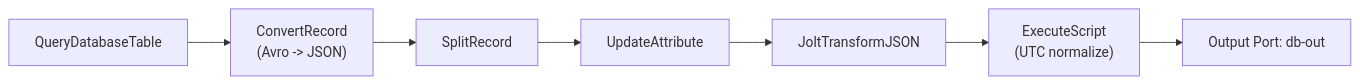
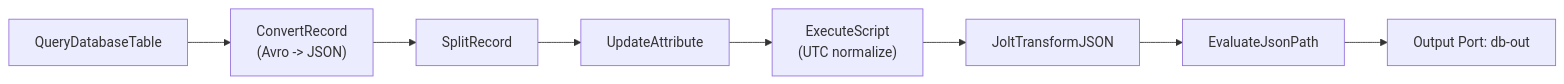
The fifth of 8 diagrams in config/nifi/process-group-design.md (roadseeker/study-data-pipeline), drawn with Mermaid before and after one commit. The commit also changed other lines of this file and 1 other file, not shown here.

First line of the commit message:
Week 3 NiFi 가이드와 플로우 표준화 정리

````diff
--- a/config/nifi/process-group-design.md
+++ b/config/nifi/process-group-design.md
@@ -314,9 +324,10 @@
 ```mermaid
 flowchart LR
     A["QueryDatabaseTable"] --> B["ConvertRecord<br/>(Avro -> JSON)"]
     B --> C["SplitRecord"]
     C --> D["UpdateAttribute"]
-    D --> E["JoltTransformJSON"]
-    E --> F["ExecuteScript<br/>(UTC normalize)"]
-    F --> G["Output Port: db-out"]
+    D --> E["ExecuteScript<br/>(UTC normalize)"]
+    E --> F["JoltTransformJSON"]
+    F --> G["EvaluateJsonPath"]
+    G --> H["Output Port: db-out"]
 ```
````
